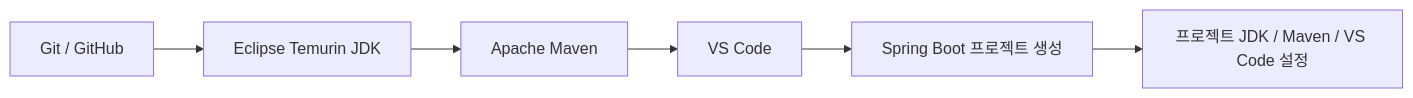
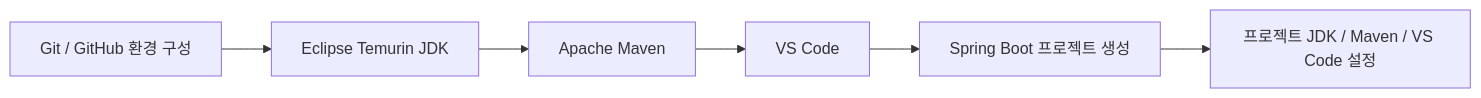
The first of 5 diagrams in docs/01_project_start/02_environment/maven/maven_setup.md (Team-Microserver/microserver-docs), drawn with Mermaid before and after one commit. The commit also changed other lines of this file and 15 other files, not shown here.

````diff
--- a/docs/01_project_start/02_environment/maven/maven_setup.md
+++ b/docs/01_project_start/02_environment/maven/maven_setup.md
@@ -35,8 +50,8 @@
 ```mermaid
 flowchart LR
-    A[Git / GitHub] --> B[Eclipse Temurin JDK]
+    A[Git / GitHub 환경 구성] --> B[Eclipse Temurin JDK]
     B --> C[Apache Maven]
     C --> D[VS Code]
     D --> E[Spring Boot 프로젝트 생성]
     E --> F[프로젝트 JDK / Maven / VS Code 설정]
 ```
````
